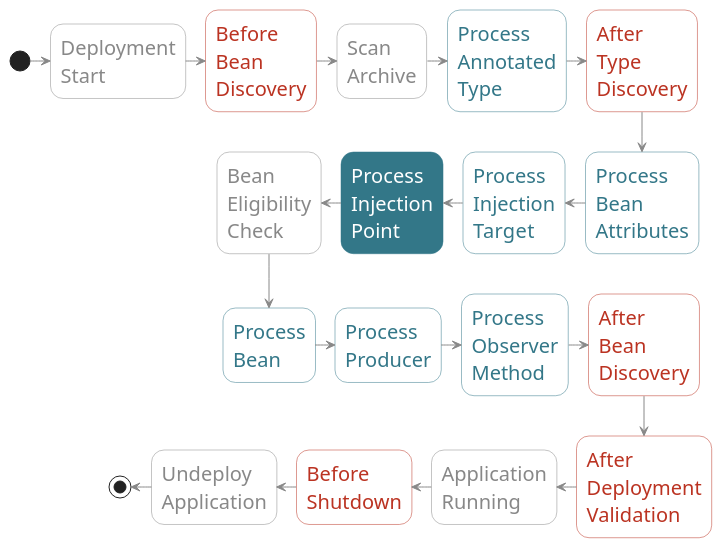
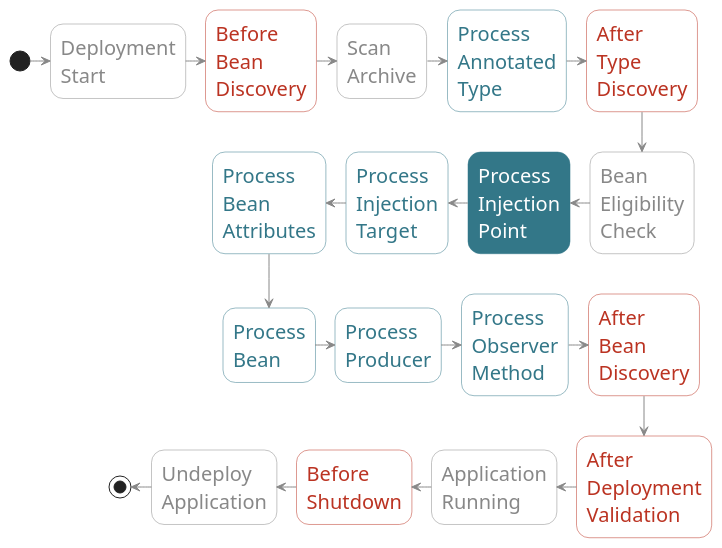
One commit to astefanutti/further-cdi changed the second of 3 diagrams in parts/legacy.adoc. Above: the diagram before and after it, drawn with PlantUML. The commit also changed other lines of this file and 2 other files, not shown here.

Commit message:
Lifecycle schema correction in all occurences

```diff
--- a/parts/legacy.adoc
+++ b/parts/legacy.adoc
@@ -236,50 +236,50 @@
 [plantuml, "lifecycle-pit", "svg", height="85%", width="95%"]
 ----
 @startuml
 
 skinparam shadowing false
 skinparam backgroundColor transparent
 skinparam defaultFontName Consolas
 
 skinparam activity {
   FontSize 20
   FontName Consolas
   FontColor #337788
   ArrowColor #888888
   BorderColor #337788
   BackgroundColor #white
 
   FontColor<< Internal >> #888888
   BorderColor<< Internal >> #888888
   BackgroundColor<< Internal >> #white
 
   FontColor<< Once >> #BB3322
   BorderColor<< Once >> #BB3322
   BackgroundColor<< Once >> #white
 
   FontColor<< Highlight >> white
   BorderColor<< Highlight >> #337788
   BackgroundColor<< Highlight >> #337788
 }
 
 (*) -right-> "Deployment\nStart" << Internal >>
 -right-> "Before\nBean\nDiscovery" << Once >>
 -right-> "Scan\nArchive" << Internal >>
 -right-> "Process\nAnnotated\nType"
 -right-> "After\nType\nDiscovery" << Once >>
--down-> "Process\nBean\nAttributes"
+-down-> "Bean\nEligibility\nCheck" << Internal >>
+-left-> "Process\nInjection\nPoint" <<Highlight>>
 -left-> "Process\nInjection\nTarget"
--left-> "Process\nInjection\nPoint" << Highlight >>
--left-> "Bean\nEligibility\nCheck" << Internal >>
+-left-> "Process\nBean\nAttributes"
 -down-> "Process\nBean"
 -right-> "Process\nProducer"
 -right-> "Process\nObserver\nMethod"
 -right-> "After\nBean\nDiscovery" << Once >>
 -down-> "After\nDeployment\nValidation" << Once >>
 -left-> "Application\nRunning" << Internal >>
 -left-> "Before\nShutdown" << Once >>
 -left-> "Undeploy\nApplication" << Internal >>
 -left-> (*)
 
 @enduml
 ----
```
